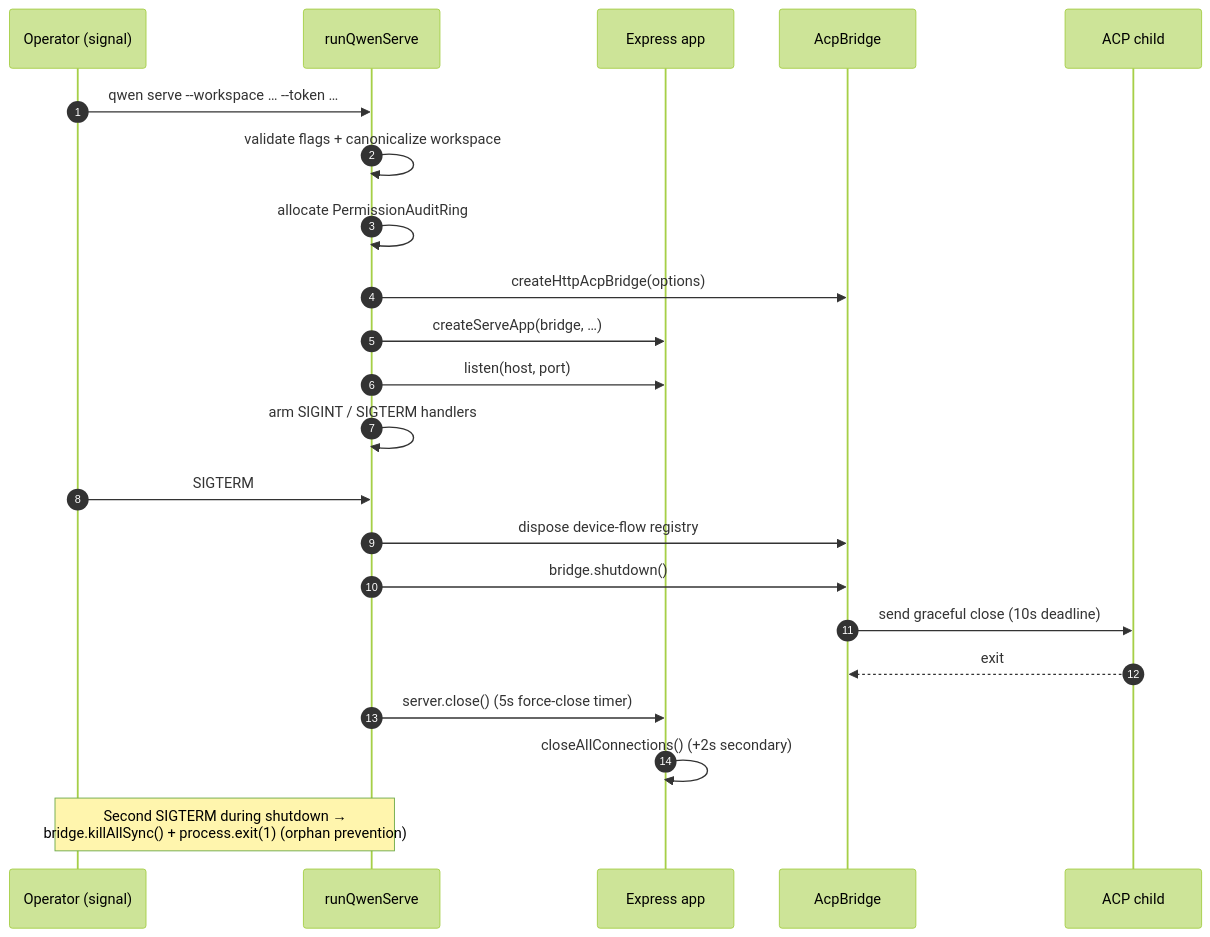
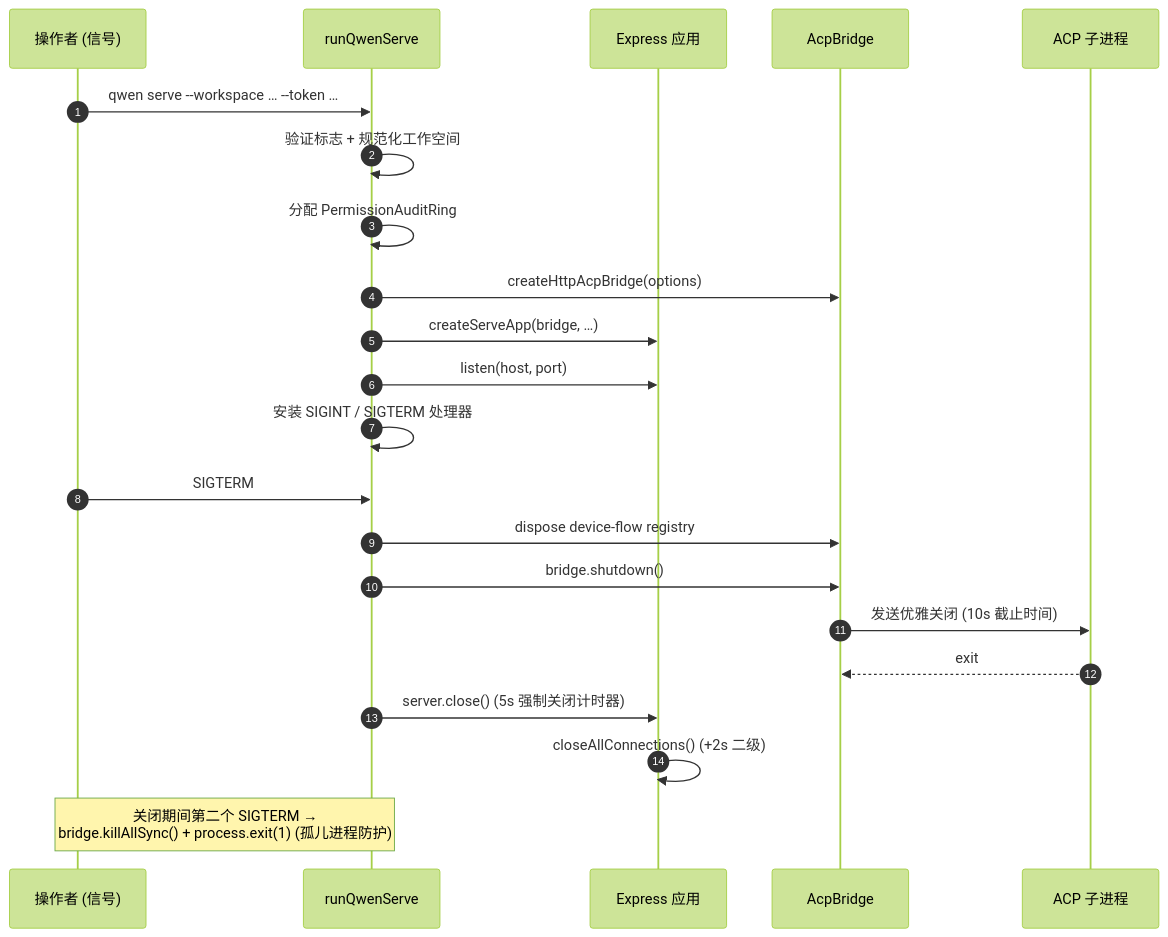
The seventh of 7 diagrams in website/content/zh/developers/daemon/01-architecture.md (QwenLM/qwen-code-docs), drawn with Mermaid (forest theme) before and after one commit. The commit also changed other lines of this file and 1077 other files, not shown here.

First line of the commit message:
docs(i18n): full re-sync and translate all docs to 6 languages

````diff
--- a/website/content/zh/developers/daemon/01-architecture.md
+++ b/website/content/zh/developers/daemon/01-architecture.md
@@ -297,26 +297,26 @@
 ```mermaid
 sequenceDiagram
     autonumber
-    participant Op as Operator (signal)
+    participant Op as 操作者 (信号)
     participant RQS as runQwenServe
-    participant APP as Express app
+    participant APP as Express 应用
     participant BR as AcpBridge
-    participant CH as ACP child
+    participant CH as ACP 子进程
 
     Op->>RQS: qwen serve --workspace … --token …
-    RQS->>RQS: validate flags + canonicalize workspace
-    RQS->>RQS: allocate PermissionAuditRing
+    RQS->>RQS: 验证标志 + 规范化工作空间
+    RQS->>RQS: 分配 PermissionAuditRing
     RQS->>BR: createHttpAcpBridge(options)
     RQS->>APP: createServeApp(bridge, …)
     RQS->>APP: listen(host, port)
-    RQS->>RQS: arm SIGINT / SIGTERM handlers
+    RQS->>RQS: 安装 SIGINT / SIGTERM 处理器
 
     Op->>RQS: SIGTERM
     RQS->>BR: dispose device-flow registry
     RQS->>BR: bridge.shutdown()
-    BR->>CH: send graceful close (10s deadline)
+    BR->>CH: 发送优雅关闭 (10s 截止时间)
     CH-->>BR: exit
-    RQS->>APP: server.close() (5s force-close timer)
-    APP->>APP: closeAllConnections() (+2s secondary)
-    Note over Op,RQS: Second SIGTERM during shutdown →<br/>bridge.killAllSync() + process.exit(1) (orphan prevention)
+    RQS->>APP: server.close() (5s 强制关闭计时器)
+    APP->>APP: closeAllConnections() (+2s 二级)
+    Note over Op,RQS: 关闭期间第二个 SIGTERM →<br/>bridge.killAllSync() + process.exit(1) (孤儿进程防护)
 ```
````
